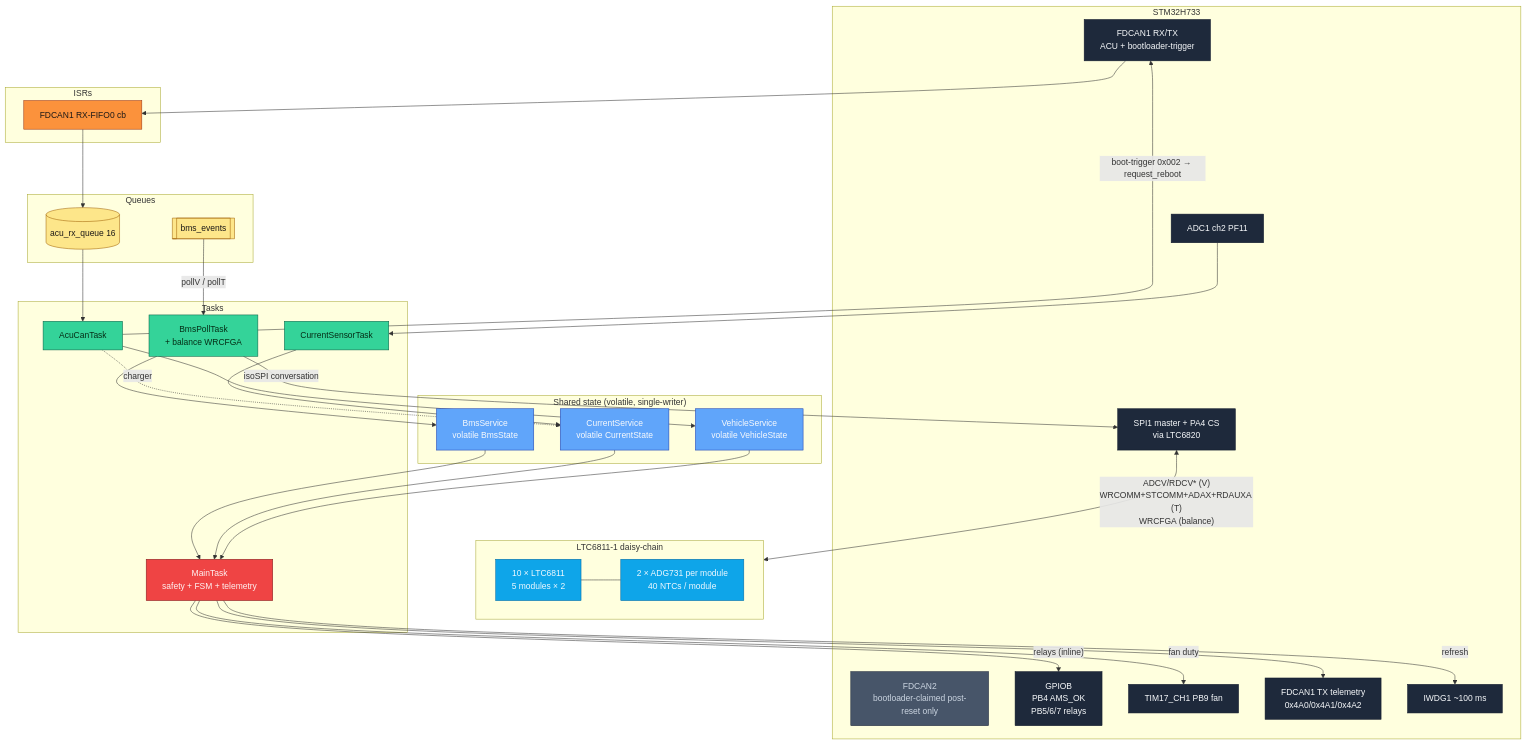
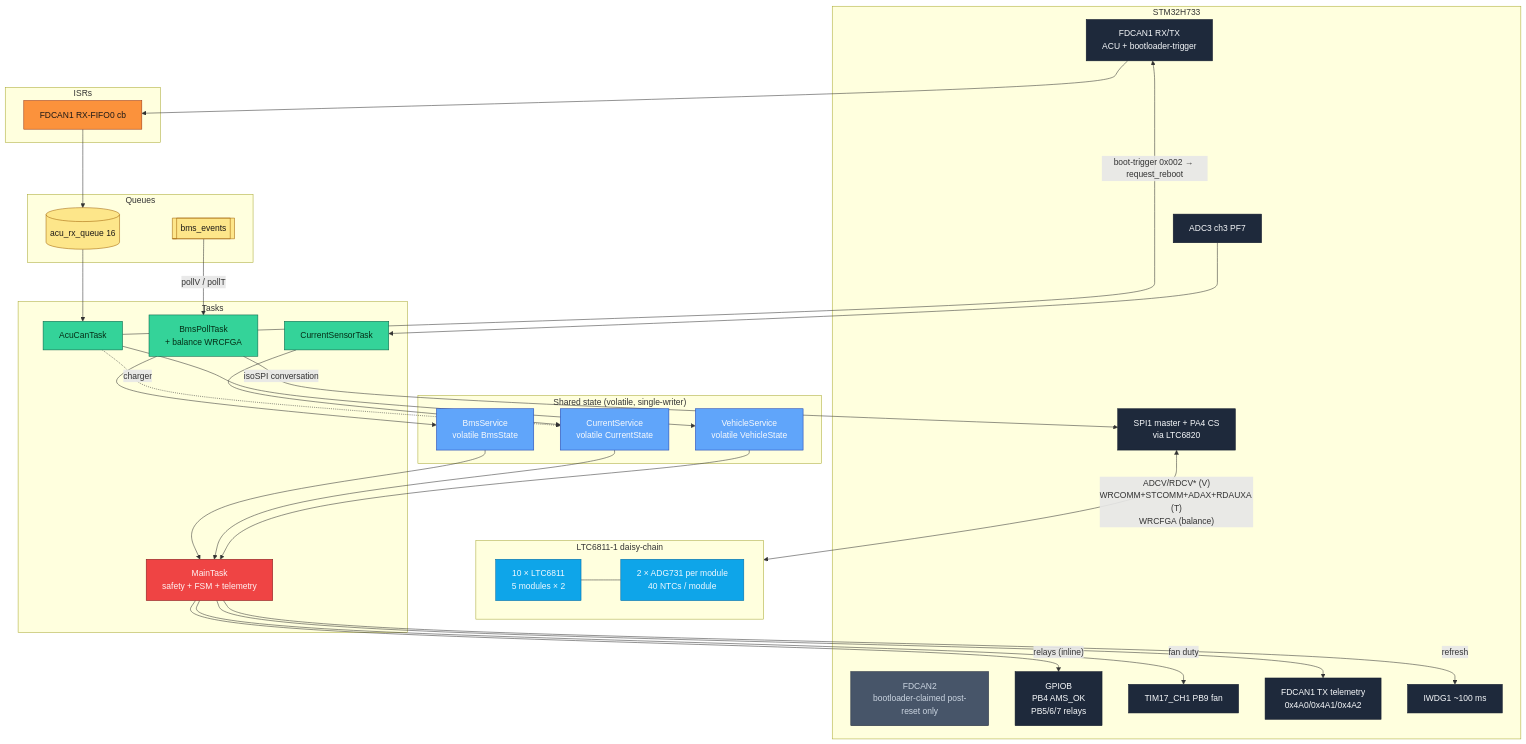
One commit to isc-fs/IFS08-CE-AMS changed the second of 4 diagrams in docs/ARCHITECTURE.md. Above: the diagram before and after it, drawn with Mermaid. The commit also changed 19 other files, not shown here.

````diff
--- a/docs/ARCHITECTURE.md
+++ b/docs/ARCHITECTURE.md
@@ -189,78 +189,78 @@
 ```mermaid
 flowchart TD
   subgraph HW[STM32H733]
     FDCAN1[FDCAN1 RX/TX<br/>ACU + bootloader-trigger]
     FDCAN2[FDCAN2<br/>bootloader-claimed post-reset only]
     SPI1[SPI1 master + PA4 CS<br/>via LTC6820]
-    ADC1[ADC1 ch2 PF11]
+    ADC1[ADC3 ch3 PF7]
     GPIOB[GPIOB<br/>PB4 AMS_OK<br/>PB5/6/7 relays]
     TIM17[TIM17_CH1 PB9 fan]
     FDCAN1TX[FDCAN1 TX telemetry<br/>0x4A0/0x4A1/0x4A2]
     IWDG[IWDG1 ~100 ms]
   end
 
   subgraph Chain[LTC6811-1 daisy-chain]
     LTC[10 × LTC6811<br/>5 modules × 2]
     MUX[2 × ADG731 per module<br/>40 NTCs / module]
     LTC --- MUX
   end
 
   subgraph ISR[ISRs]
     RX1[FDCAN1 RX-FIFO0 cb]
   end
 
   subgraph Queues
     acu_rx[(acu_rx_queue 16)]
     bms_evt[[bms_events]]
   end
 
   subgraph State["Shared state (volatile, single-writer)"]
     BmsSvc[BmsService<br/>volatile BmsState]
     CurSvc[CurrentService<br/>volatile CurrentState]
     VehSvc[VehicleService<br/>volatile VehicleState]
   end
 
   subgraph Tasks
     AcuT[AcuCanTask]
     BmsPollT[BmsPollTask<br/>+ balance WRCFGA]
     CurT[CurrentSensorTask]
     MainT[MainTask<br/>safety + FSM + telemetry]
   end
 
   FDCAN1 --> RX1 --> acu_rx --> AcuT --> VehSvc
   AcuT -.charger.-> CurSvc
   AcuT -- "boot-trigger 0x002 → request_reboot" --> FDCAN1
 
   SPI1 <-->|"ADCV/RDCV* (V)<br/>WRCOMM+STCOMM+ADAX+RDAUXA (T)<br/>WRCFGA (balance)"| Chain
   BmsPollT -- "isoSPI conversation" --> SPI1
   BmsPollT --> BmsSvc
 
   ADC1 --> CurT --> CurSvc
 
   BmsSvc & CurSvc & VehSvc --> MainT
 
   MainT -- relays (inline) --> GPIOB
   MainT -- fan duty --> TIM17
   MainT -- refresh --> IWDG
   MainT --> FDCAN1TX
 
   bms_evt -- pollV / pollT --> BmsPollT
 
   classDef hw    fill:#1e293b,stroke:#0f172a,color:#f8fafc
   classDef chain fill:#0ea5e9,stroke:#0369a1,color:#f0f9ff
   classDef isr   fill:#fb923c,stroke:#9a3412,color:#1c1917
   classDef queue fill:#fde68a,stroke:#a16207,color:#1c1917
   classDef svc   fill:#60a5fa,stroke:#1e40af,color:#f8fafc
   classDef task  fill:#34d399,stroke:#065f46,color:#052e16
   classDef safe  fill:#ef4444,stroke:#7f1d1d,color:#fef2f2
   classDef dim   fill:#475569,stroke:#1e293b,color:#cbd5e1
 
   class FDCAN1,SPI1,ADC1,GPIOB,TIM17,FDCAN1TX,IWDG hw
   class FDCAN2 dim
   class LTC,MUX chain
   class RX1 isr
   class acu_rx,bms_evt queue
   class BmsSvc,CurSvc,VehSvc svc
   class AcuT,BmsPollT,CurT task
   class MainT safe
 ```
````
